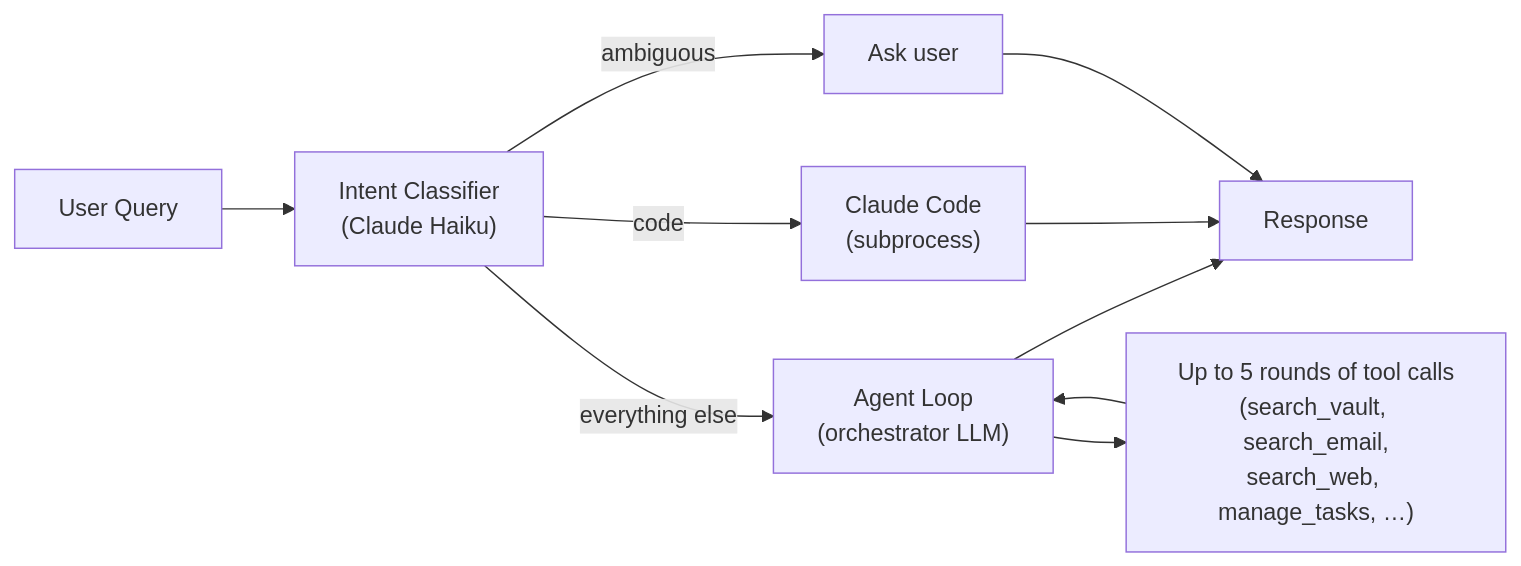
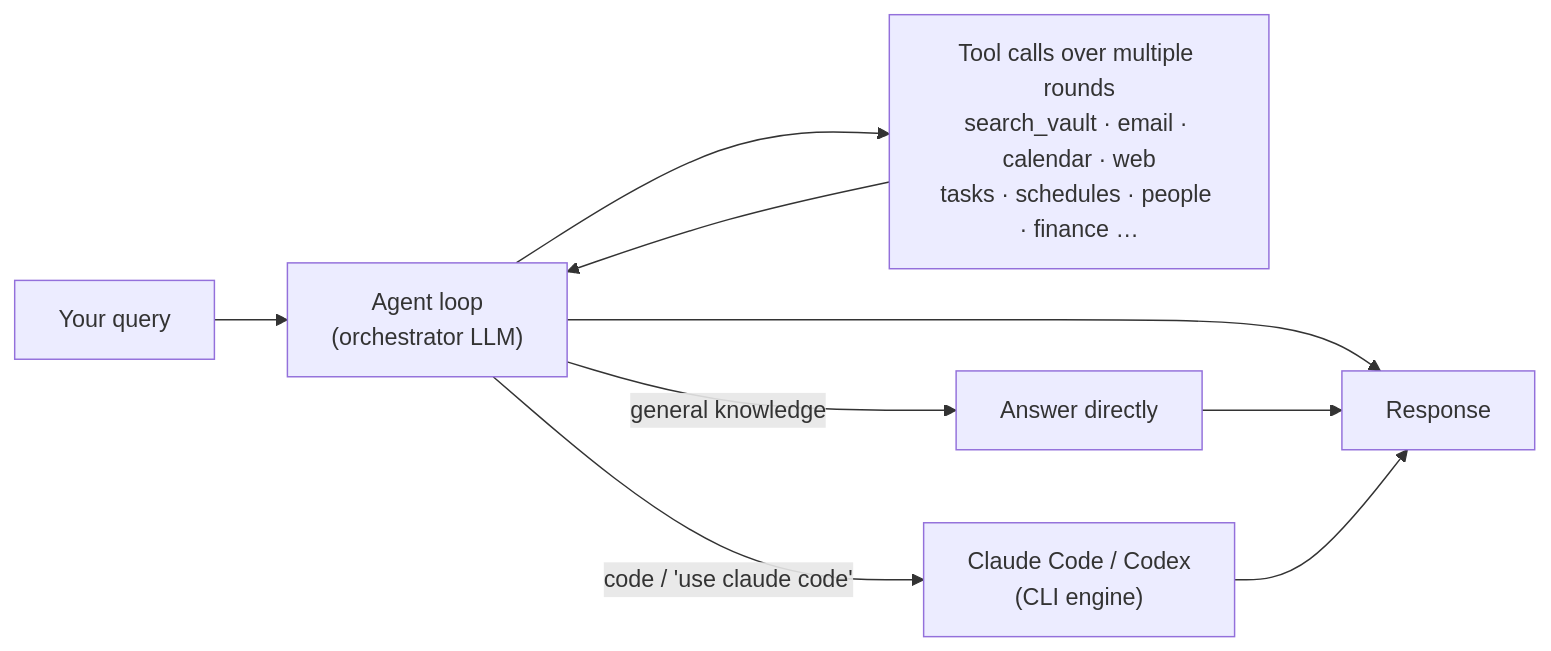
The second of 4 diagrams in README.md (nbramia/LifeOS), drawn with Mermaid before and after one commit. The commit also changed other lines of this file and 17 other files, not shown here.

````diff
--- a/README.md
+++ b/README.md
@@ -146,14 +257,11 @@
 ```mermaid
 flowchart LR
-    Q["User Query"] --> Intent["Intent Classifier\n(Claude Haiku)"]
-
-    Intent -->|"code"| Code["Claude Code\n(subprocess)"]
-    Intent -->|"ambiguous"| Clarify["Ask user"]
-    Intent -->|"everything else"| Agent["Agent Loop\n(orchestrator LLM)"]
-
-    Agent --> Tools["Up to 5 rounds of tool calls\n(search_vault, search_email,\nsearch_web, manage_tasks, …)"]
-    Tools --> Agent
-    Agent --> Response["Response"]
-    Code --> Response
-    Clarify --> Response
+    Q["Your query"] --> Orch["Agent loop<br/>(orchestrator LLM)"]
+    Orch --> Tools["Tool calls over multiple rounds<br/>search_vault · email · calendar · web<br/>tasks · schedules · people · finance …"]
+    Tools --> Orch
+    Orch -->|"general knowledge"| Direct["Answer directly"]
+    Orch -->|"code / 'use claude code'"| CC["Claude Code / Codex<br/>(CLI engine)"]
+    Orch --> R["Response"]
+    Direct --> R
+    CC --> R
 ```
````
